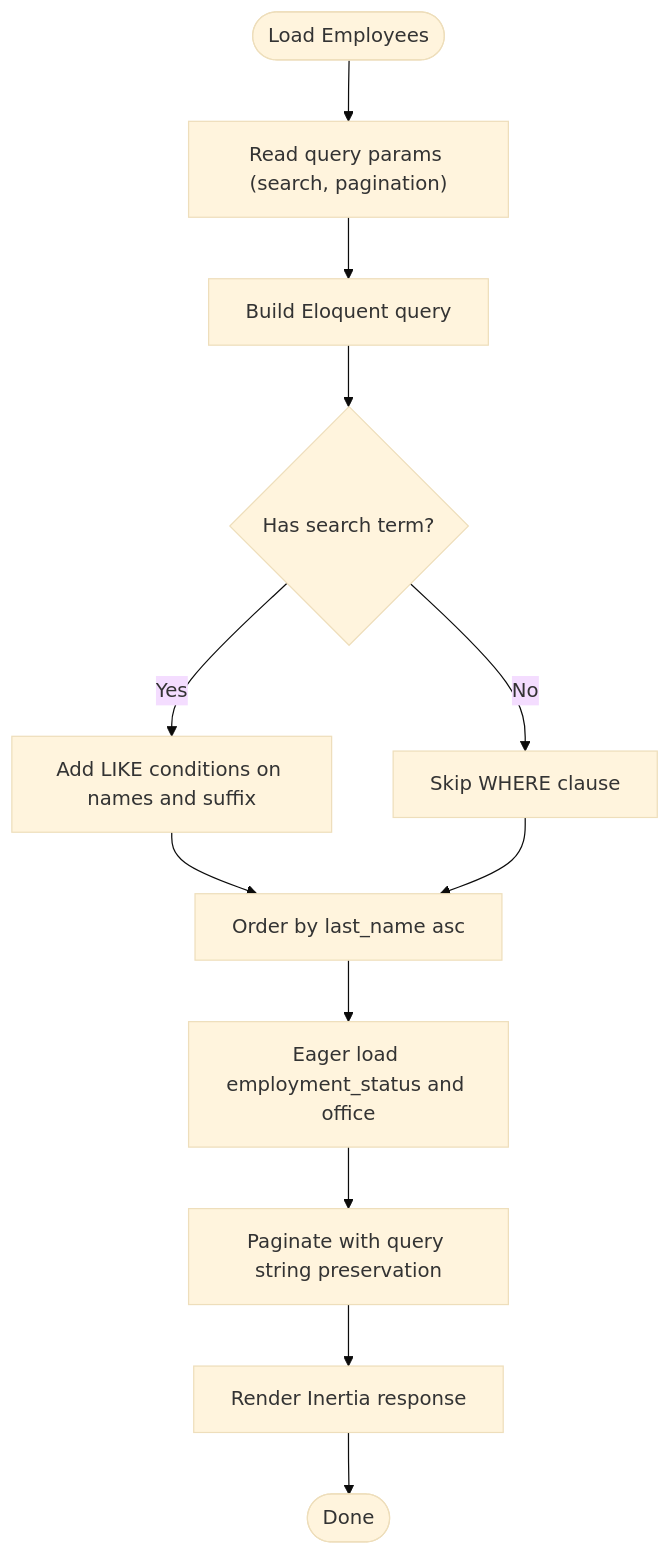
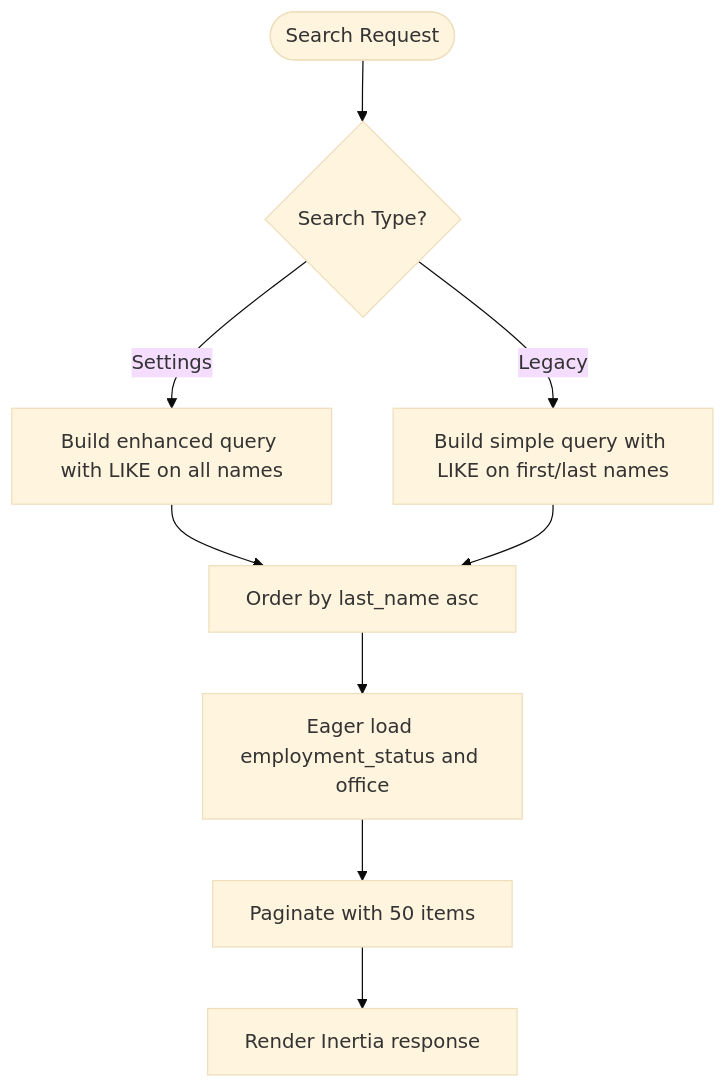
The sixth of 7 diagrams in .qoder/repowiki/en/content/Employee Management/Employee Management.md (vincet0t15/template), drawn with Mermaid (base theme) before and after one commit. The commit also changed other lines of this file and 7 other files, not shown here.

````diff
--- a/.qoder/repowiki/en/content/Employee Management/Employee Management.md
+++ b/.qoder/repowiki/en/content/Employee Management/Employee Management.md
@@ -313,14 +386,11 @@
 ```mermaid
 flowchart TD
-Start(["Load Employees"]) --> GetParams["Read query params (search, pagination)"]
-GetParams --> BuildQuery["Build Eloquent query"]
-BuildQuery --> ApplySearch{"Has search term?"}
-ApplySearch --> |Yes| AddWhere["Add LIKE conditions on names and suffix"]
-ApplySearch --> |No| SkipWhere["Skip WHERE clause"]
-AddWhere --> Order["Order by last_name asc"]
-SkipWhere --> Order
+Search(["Search Request"]) --> CheckType{"Search Type?"}
+CheckType --> |Settings| SettingsQuery["Build enhanced query with LIKE on all names"]
+CheckType --> |Legacy| LegacyQuery["Build simple query with LIKE on first/last names"]
+SettingsQuery --> Order["Order by last_name asc"]
+LegacyQuery --> Order
 Order --> WithRelations["Eager load employment_status and office"]
-WithRelations --> Paginate["Paginate with query string preservation"]
+WithRelations --> Paginate["Paginate with 50 items"]
 Paginate --> Render["Render Inertia response"]
-Render --> End(["Done"])
 ```
````
